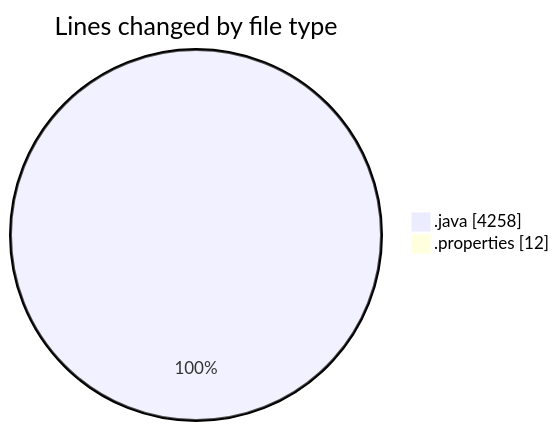
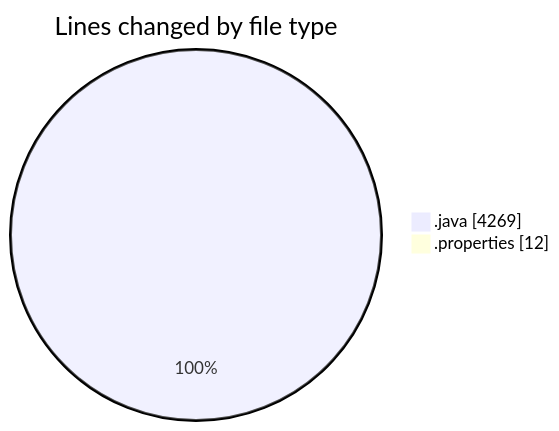
Before and after one commit to charlie-sans/code-tracking: the first of 2 diagrams in 2025-03-18/jmasm/README.md, drawn with Mermaid. The commit also changed other lines of this file and 1 other file, not shown here.

````diff
--- a/2025-03-18/jmasm/README.md
+++ b/2025-03-18/jmasm/README.md
@@ -25,6 +26,6 @@
 ```mermaid
 pie showData
 title Lines changed by file type
-".java" : 4258
+".java" : 4269
 ".properties" : 12
 ```
````
